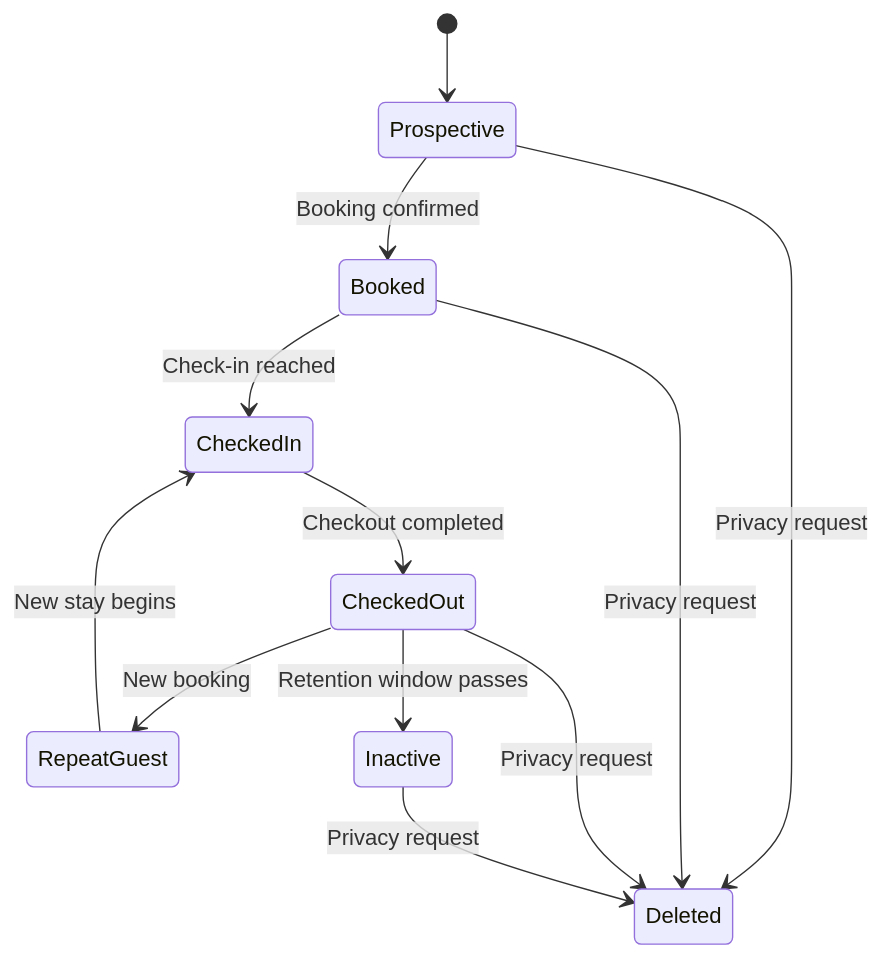
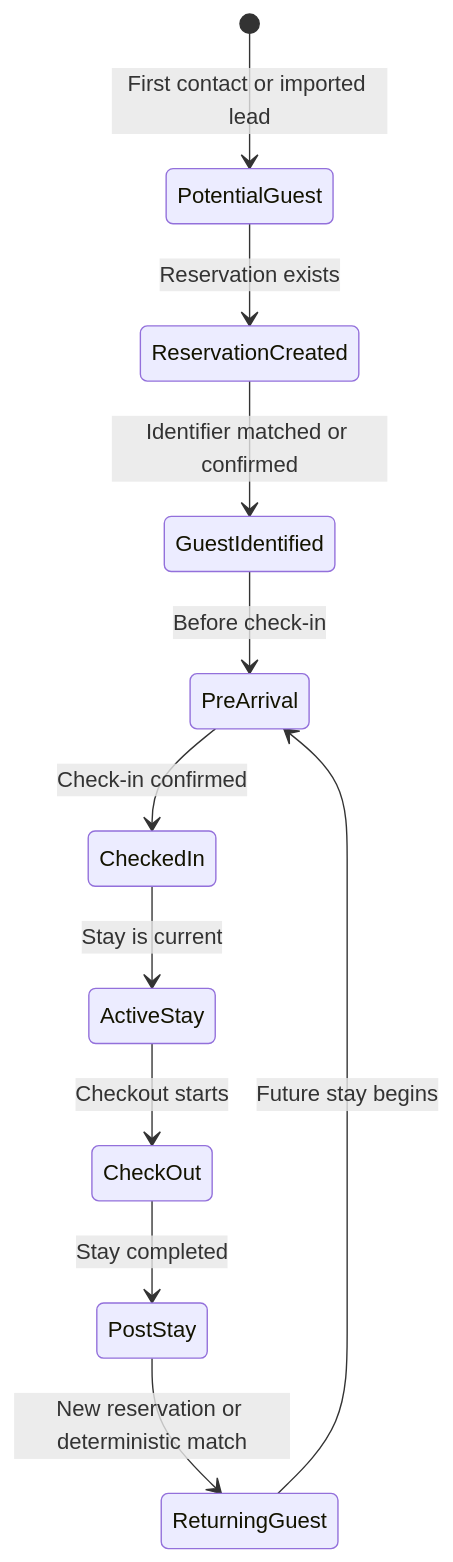
The diagram in docs/product/guest/GuestLifecycle.md (Bayomoustapha3730/stayflow-ai), drawn with Mermaid before and after one commit. The commit also changed other lines of this file and 9 other files, not shown here.

````diff
--- a/docs/product/guest/GuestLifecycle.md
+++ b/docs/product/guest/GuestLifecycle.md
@@ -54,14 +105,13 @@
 ```mermaid
 stateDiagram-v2
-    [*] --> Prospective
-    Prospective --> Booked: Booking confirmed
-    Booked --> CheckedIn: Check-in reached
-    CheckedIn --> CheckedOut: Checkout completed
-    CheckedOut --> RepeatGuest: New booking
-    CheckedOut --> Inactive: Retention window passes
-    RepeatGuest --> CheckedIn: New stay begins
-    Prospective --> Deleted: Privacy request
-    Booked --> Deleted: Privacy request
-    CheckedOut --> Deleted: Privacy request
-    Inactive --> Deleted: Privacy request
+    [*] --> PotentialGuest: First contact or imported lead
+    PotentialGuest --> ReservationCreated: Reservation exists
+    ReservationCreated --> GuestIdentified: Identifier matched or confirmed
+    GuestIdentified --> PreArrival: Before check-in
+    PreArrival --> CheckedIn: Check-in confirmed
+    CheckedIn --> ActiveStay: Stay is current
+    ActiveStay --> CheckOut: Checkout starts
+    CheckOut --> PostStay: Stay completed
+    PostStay --> ReturningGuest: New reservation or deterministic match
+    ReturningGuest --> PreArrival: Future stay begins
 ```
````
